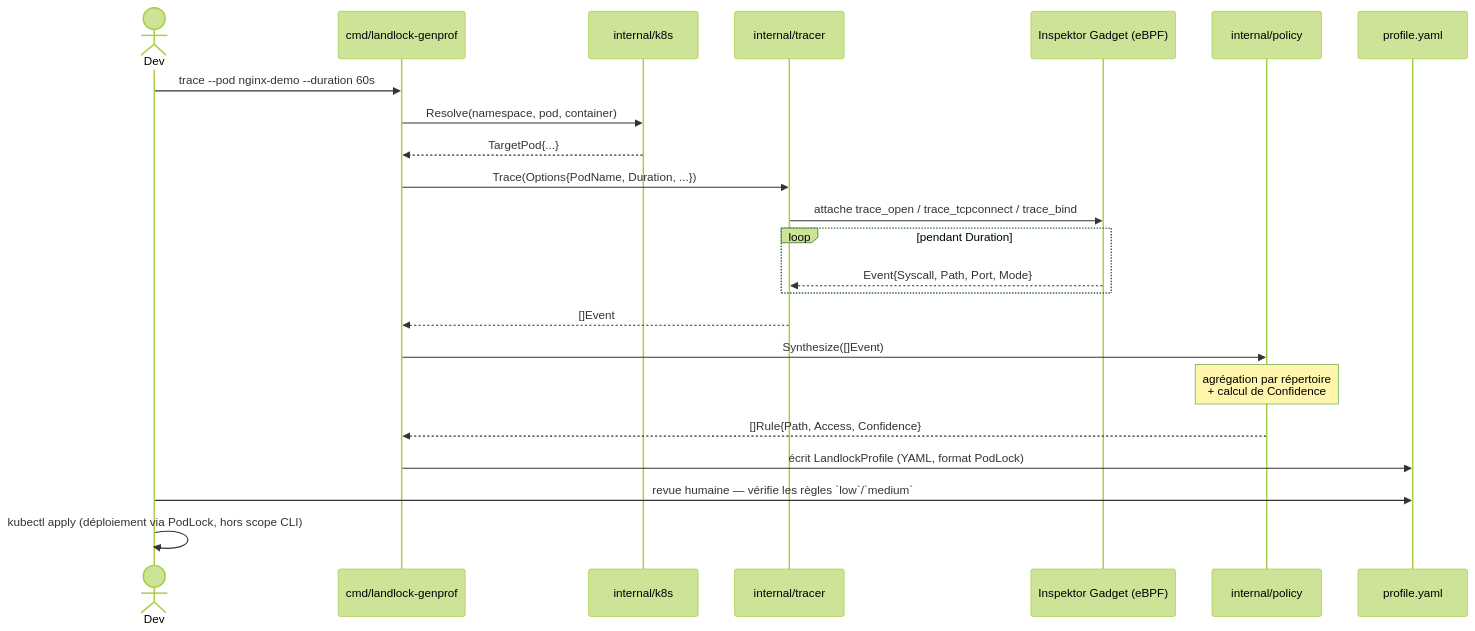
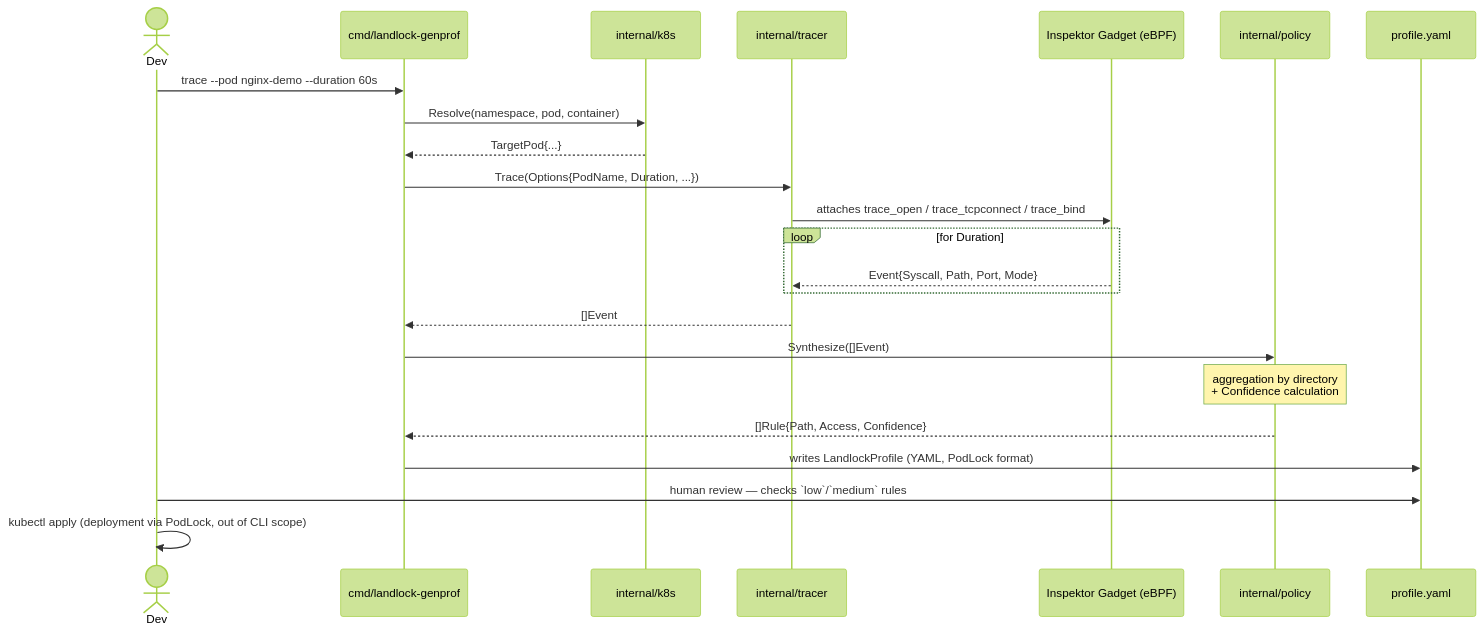
Before and after one commit to idriss-eliguene/landlock-genprof: the second of 3 diagrams in docs/architecture.md, drawn with Mermaid (forest theme). The commit also changed other lines of this file and 24 other files, not shown here.

````diff
--- a/docs/architecture.md
+++ b/docs/architecture.md
@@ -63,26 +63,26 @@
 ```mermaid
 sequenceDiagram
     actor Dev
     participant CLI as cmd/landlock-genprof
     participant K8s as internal/k8s
     participant Tracer as internal/tracer
     participant IG as Inspektor Gadget (eBPF)
     participant Policy as internal/policy
     participant FS as profile.yaml
 
     Dev->>CLI: trace --pod nginx-demo --duration 60s
     CLI->>K8s: Resolve(namespace, pod, container)
     K8s-->>CLI: TargetPod{...}
     CLI->>Tracer: Trace(Options{PodName, Duration, ...})
-    Tracer->>IG: attache trace_open / trace_tcpconnect / trace_bind
-    loop pendant Duration
+    Tracer->>IG: attaches trace_open / trace_tcpconnect / trace_bind
+    loop for Duration
         IG-->>Tracer: Event{Syscall, Path, Port, Mode}
     end
     Tracer-->>CLI: []Event
     CLI->>Policy: Synthesize([]Event)
-    Note over Policy: agrégation par répertoire<br/>+ calcul de Confidence
+    Note over Policy: aggregation by directory<br/>+ Confidence calculation
     Policy-->>CLI: []Rule{Path, Access, Confidence}
-    CLI->>FS: écrit LandlockProfile (YAML, format PodLock)
-    Dev->>FS: revue humaine — vérifie les règles `low`/`medium`
-    Dev->>Dev: kubectl apply (déploiement via PodLock, hors scope CLI)
+    CLI->>FS: writes LandlockProfile (YAML, PodLock format)
+    Dev->>FS: human review — checks `low`/`medium` rules
+    Dev->>Dev: kubectl apply (deployment via PodLock, out of CLI scope)
 ```
````
